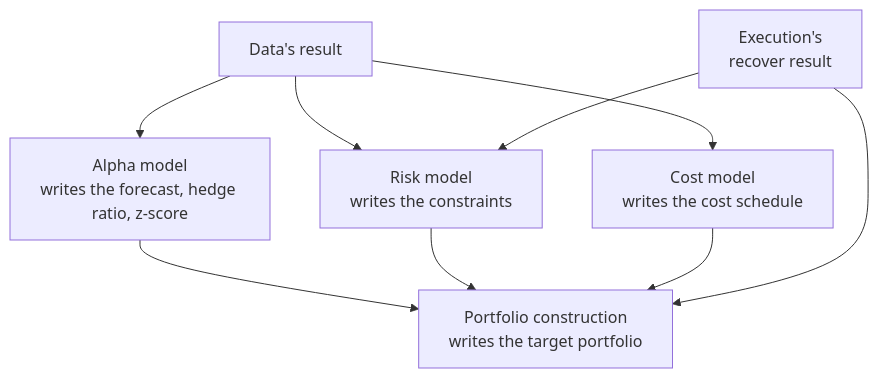
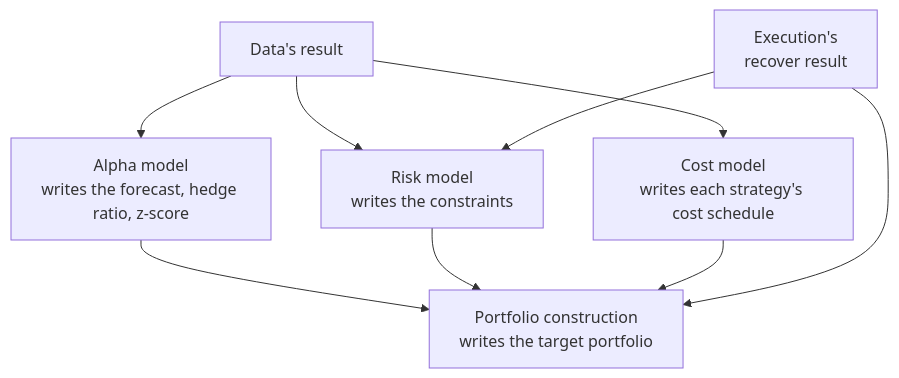
One commit to l3a0/ithildin-runtime changed the eighth of 18 diagrams in docs/architecture/06-runtime.md. Above: the diagram before and after it, drawn with Mermaid. The commit also changed other lines of this file and 19 other files, not shown here.

First line of the commit message:
feat(cost): a cost schedule per strategy, from each strategy's written terms

````diff
--- a/docs/architecture/06-runtime.md
+++ b/docs/architecture/06-runtime.md
@@ -501,11 +501,11 @@
 ```mermaid
 flowchart TB
     data["Data's result"] --> alpha["Alpha model<br/>writes the forecast, hedge ratio, z-score"]
     data --> risk["Risk model<br/>writes the constraints"]
-    data --> cost["Cost model<br/>writes the cost schedule"]
+    data --> cost["Cost model<br/>writes each strategy's cost schedule"]
     alpha --> pc["Portfolio construction<br/>writes the target portfolio"]
     risk --> pc
     cost --> pc
     recover["Execution's<br/>recover result"] --> risk
     recover --> pc
 ```
````
